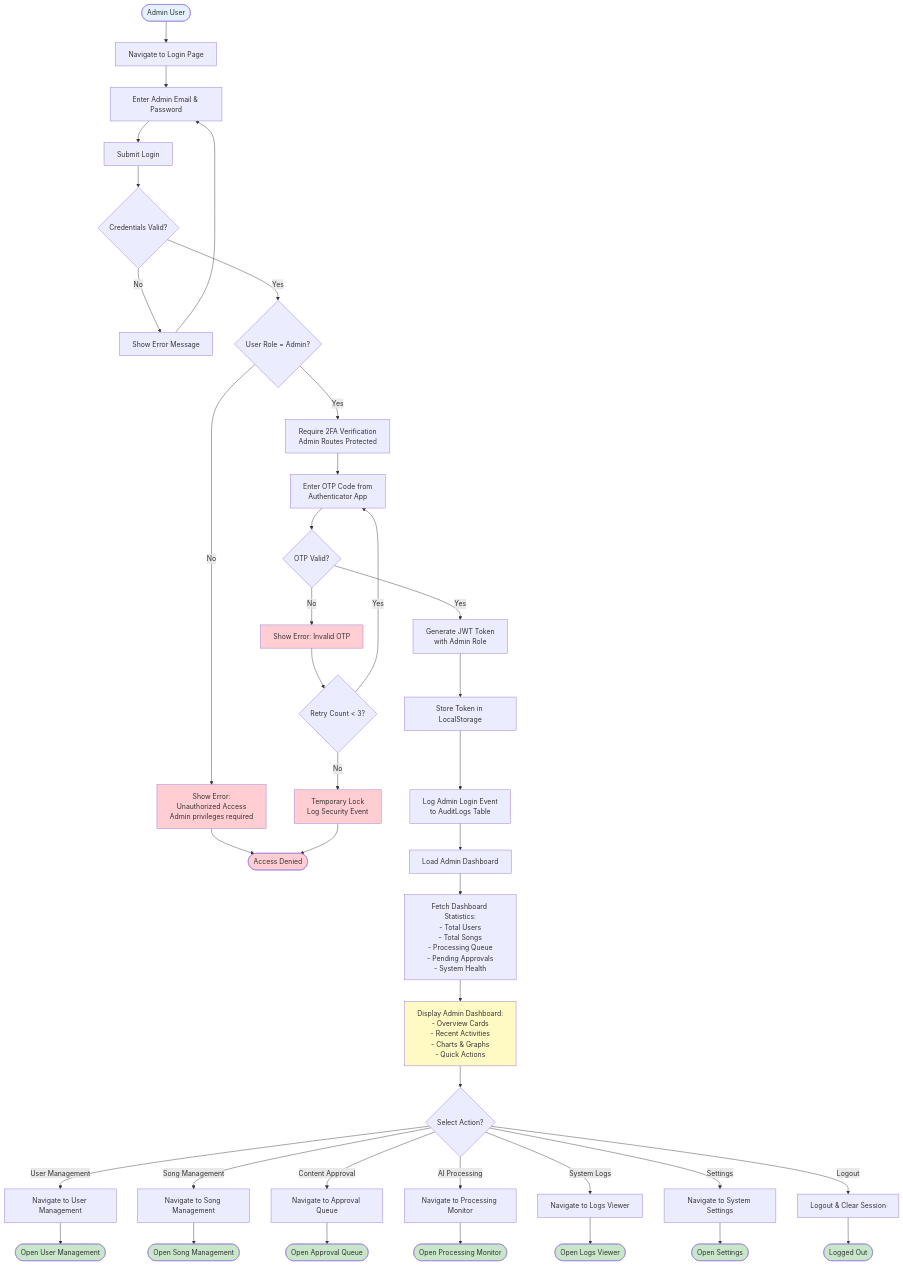
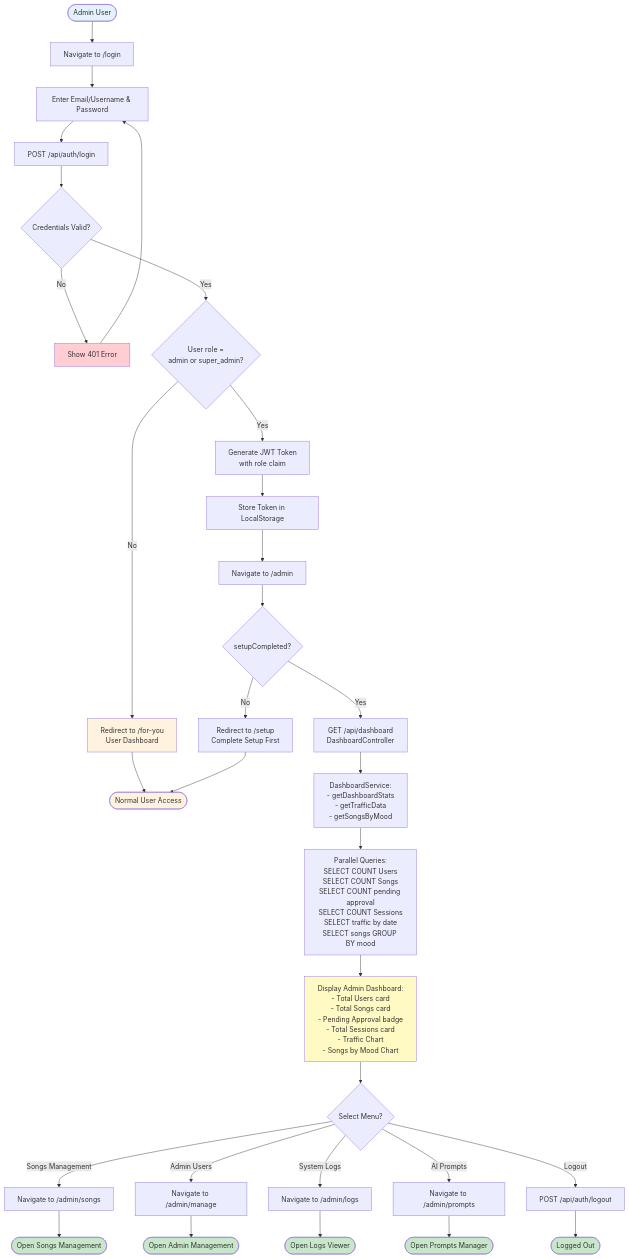
One commit to tikpoptv/MUSE-MUSIC changed the first of 5 diagrams in diagrams/activity-diagram-admin.md. Above: the diagram before and after it, drawn with Mermaid. The commit also changed other lines of this file and 1 other file, not shown here.

First line of the commit message:
Revise admin activity diagrams for code accuracy

````diff
--- a/diagrams/activity-diagram-admin.md
+++ b/diagrams/activity-diagram-admin.md
@@ -15,62 +16,51 @@
 ```mermaid
 flowchart TD
-    Start([Admin User]) --> Login[Navigate to Login Page]
-    Login --> EnterCreds[Enter Admin Email & Password]
-    EnterCreds --> SubmitLogin[Submit Login]
+    Start([Admin User]) --> Login[Navigate to /login]
+    Login --> EnterCreds[Enter Email/Username & Password]
+    EnterCreds --> SubmitLogin[POST /api/auth/login]
     SubmitLogin --> ValidateCreds{Credentials Valid?}
     
-    ValidateCreds -->|No| ShowError[Show Error Message]
+    ValidateCreds -->|No| ShowError[Show 401 Error]
     ShowError --> EnterCreds
     
-    ValidateCreds -->|Yes| CheckRole{User Role = Admin?}
-    CheckRole -->|No| DenyAccess[Show Error:<br/>Unauthorized Access<br/>Admin privileges required]
-    DenyAccess --> End1([Access Denied])
+    ValidateCreds -->|Yes| CheckRole{User role =<br/>admin or super_admin?}
+    CheckRole -->|No| DenyAccess[Redirect to /for-you<br/>User Dashboard]
+    DenyAccess --> End1([Normal User Access])
     
-    CheckRole -->|Yes| Require2FA[Require 2FA Verification<br/>Admin Routes Protected]
-    Require2FA --> Enter2FA[Enter OTP Code from<br/>Authenticator App]
-    Enter2FA --> Verify2FA{OTP Valid?}
-    Verify2FA -->|No| Show2FAError[Show Error: Invalid OTP]
-    Show2FAError --> Retry2FA{Retry Count < 3?}
-    Retry2FA -->|No| LockAccount[Temporary Lock<br/>Log Security Event]
-    LockAccount --> End1
-    Retry2FA -->|Yes| Enter2FA
+    CheckRole -->|Yes| GenerateJWT[Generate JWT Token<br/>with role claim]
+    GenerateJWT --> StoreToken[Store Token in LocalStorage]
+    StoreToken --> Navigate[Navigate to /admin]
     
-    Verify2FA -->|Yes| GenerateJWT[Generate JWT Token<br/>with Admin Role]
-    GenerateJWT --> StoreToken[Store Token in LocalStorage]
-    StoreToken --> LogAdminLogin[Log Admin Login Event<br/>to AuditLogs Table]
-    LogAdminLogin --> LoadDashboard[Load Admin Dashboard]
+    Navigate --> CheckSetup{setupCompleted?}
+    CheckSetup -->|No| RedirectSetup[Redirect to /setup<br/>Complete Setup First]
+    RedirectSetup --> End1
     
-    LoadDashboard --> FetchStats[Fetch Dashboard Statistics:<br/>- Total Users<br/>- Total Songs<br/>- Processing Queue<br/>- Pending Approvals<br/>- System Health]
-    FetchStats --> DisplayDashboard[Display Admin Dashboard:<br/>- Overview Cards<br/>- Recent Activities<br/>- Charts & Graphs<br/>- Quick Actions]
-    DisplayDashboard --> AdminChoice{Select Action?}
+    CheckSetup -->|Yes| LoadDashboard[GET /api/dashboard<br/>DashboardController]
+    LoadDashboard --> FetchStats[DashboardService:<br/>- getDashboardStats<br/>- getTrafficData<br/>- getSongsByMood]
+    FetchStats --> QueryStats[Parallel Queries:<br/>SELECT COUNT Users<br/>SELECT COUNT Songs<br/>SELECT COUNT pending approval<br/>SELECT COUNT Sessions<br/>SELECT traffic by date<br/>SELECT songs GROUP BY mood]
+    QueryStats --> DisplayDashboard[Display Admin Dashboard:<br/>- Total Users card<br/>- Total Songs card<br/>- Pending Approval badge<br/>- Total Sessions card<br/>- Traffic Chart<br/>- Songs by Mood Chart]
+    DisplayDashboard --> AdminChoice{Select Menu?}
     
-    AdminChoice -->|User Management| NavUsers[Navigate to User Management]
-    AdminChoice -->|Song Management| NavSongs[Navigate to Song Management]
-    AdminChoice -->|Content Approval| NavApproval[Navigate to Approval Queue]
-    AdminChoice -->|AI Processing| NavProcessing[Navigate to Processing Monitor]
-    AdminChoice -->|System Logs| NavLogs[Navigate to Logs Viewer]
-    AdminChoice -->|Settings| NavSettings[Navigate to System Settings]
-    AdminChoice -->|Logout| Logout[Logout & Clear Session]
+    AdminChoice -->|Songs Management| NavSongs[Navigate to /admin/songs]
+    AdminChoice -->|Admin Users| NavManage[Navigate to /admin/manage]
+    AdminChoice -->|System Logs| NavLogs[Navigate to /admin/logs]
+    AdminChoice -->|AI Prompts| NavPrompts[Navigate to /admin/prompts]
+    AdminChoice -->|Logout| Logout[POST /api/auth/logout]
     
-    NavUsers --> End2([Open User Management])
-    NavSongs --> End3([Open Song Management])
-    NavApproval --> End4([Open Approval Queue])
-    NavProcessing --> End5([Open Processing Monitor])
-    NavLogs --> End6([Open Logs Viewer])
-    NavSettings --> End7([Open Settings])
-    Logout --> End8([Logged Out])
+    NavSongs --> End2([Open Songs Management])
+    NavManage --> End3([Open Admin Management])
+    NavLogs --> End4([Open Logs Viewer])
+    NavPrompts --> End5([Open Prompts Manager])
+    Logout --> End6([Logged Out])
     
     style Start fill:#e3f2fd
-    style End1 fill:#ffcdd2
+    style End1 fill:#fff3e0
     style End2 fill:#c8e6c9
     style End3 fill:#c8e6c9
     style End4 fill:#c8e6c9
     style End5 fill:#c8e6c9
     style End6 fill:#c8e6c9
-    style End7 fill:#c8e6c9
-    style End8 fill:#c8e6c9
-    style DenyAccess fill:#ffcdd2
-    style Show2FAError fill:#ffcdd2
-    style LockAccount fill:#ffcdd2
+    style DenyAccess fill:#fff3e0
+    style ShowError fill:#ffcdd2
     style DisplayDashboard fill:#fff9c4
 ```
````
